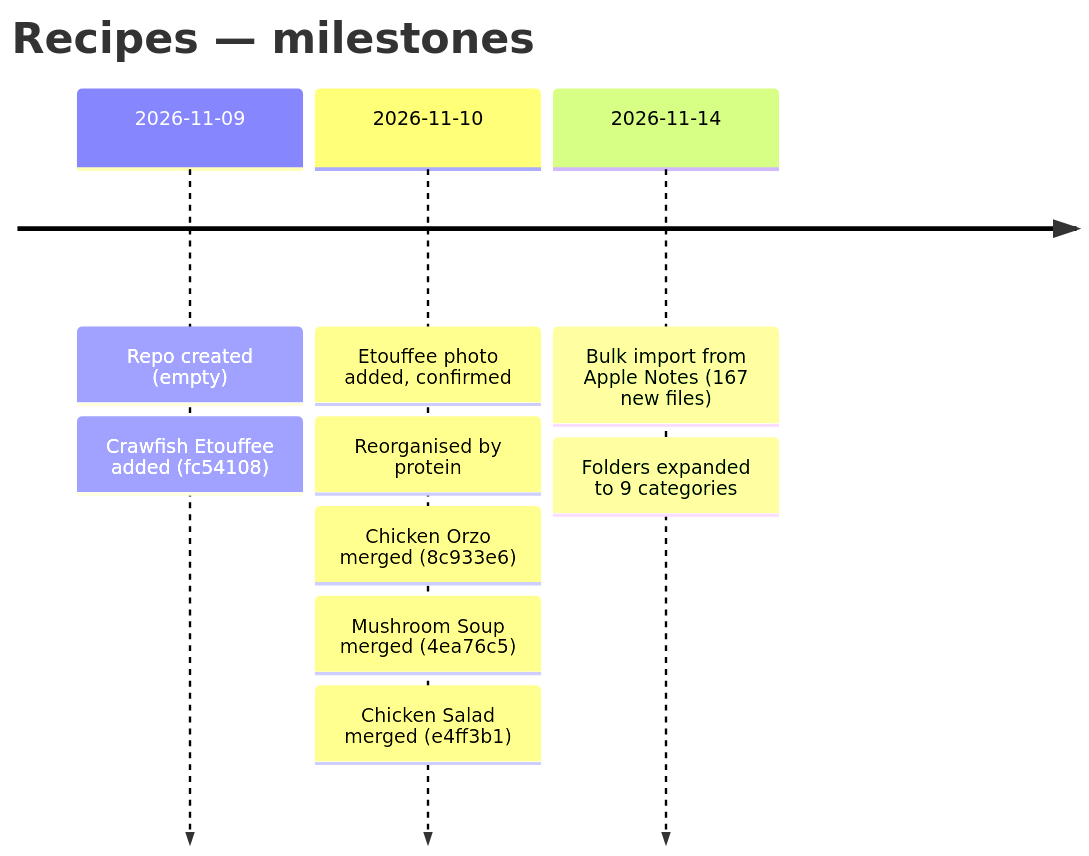
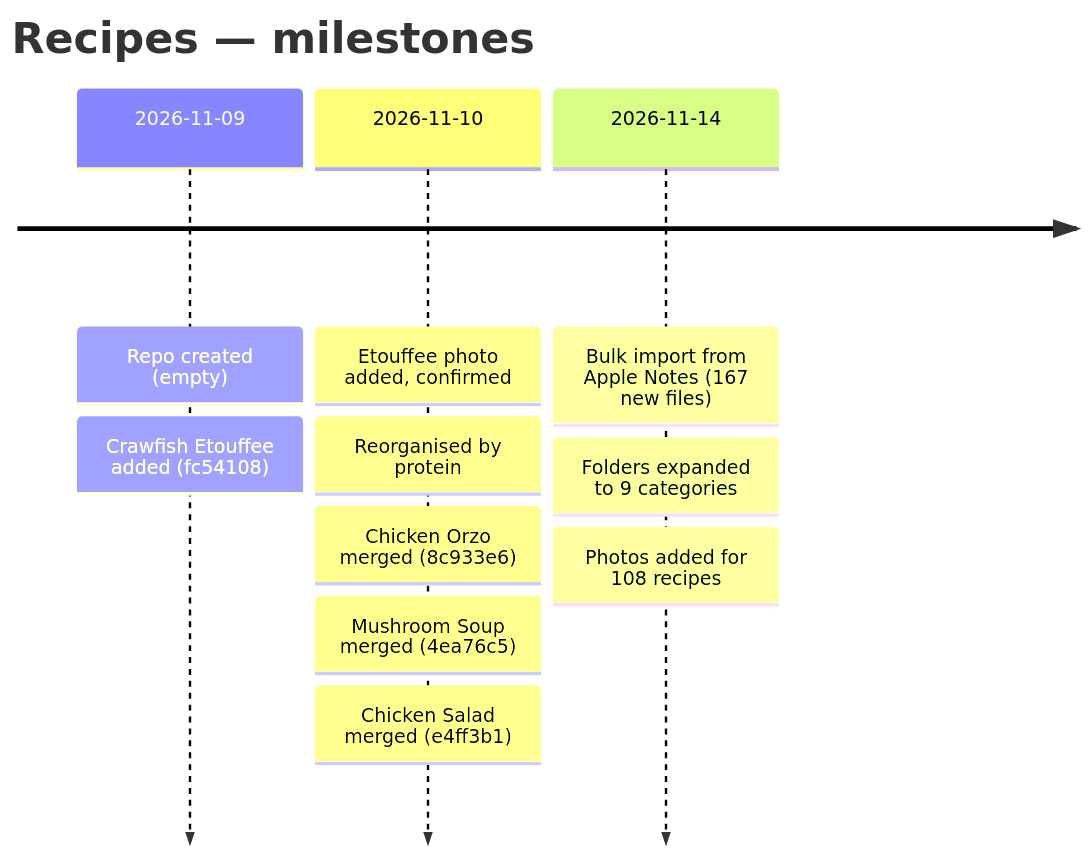
The first of 2 diagrams in README.md (chknfrdstk/Recipes), drawn with Mermaid before and after one commit. The commit also changed other lines of this file and 214 other files, not shown here.

Commit message:
Add photos for 108 recipes, update changelog

````diff
--- a/README.md
+++ b/README.md
@@ -28,13 +34,14 @@
 ```mermaid
 timeline
     title Recipes — milestones
     2026-11-09 : Repo created (empty)
                : Crawfish Etouffee added (fc54108)
     2026-11-10 : Etouffee photo added, confirmed
                : Reorganised by protein
                : Chicken Orzo merged (8c933e6)
                : Mushroom Soup merged (4ea76c5)
                : Chicken Salad merged (e4ff3b1)
     2026-11-14 : Bulk import from Apple Notes (167 new files)
                : Folders expanded to 9 categories
+               : Photos added for 108 recipes
 ```
````
